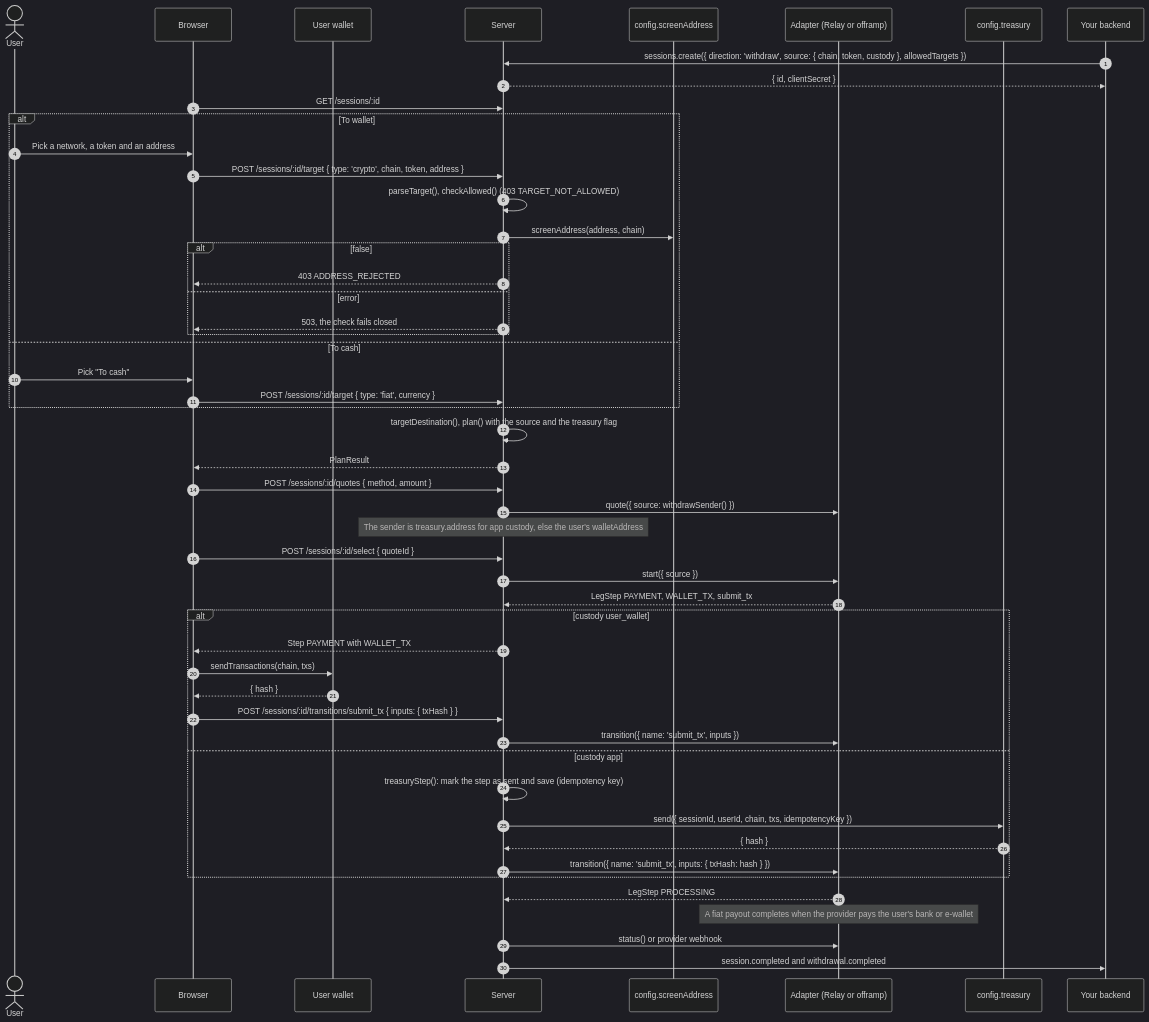
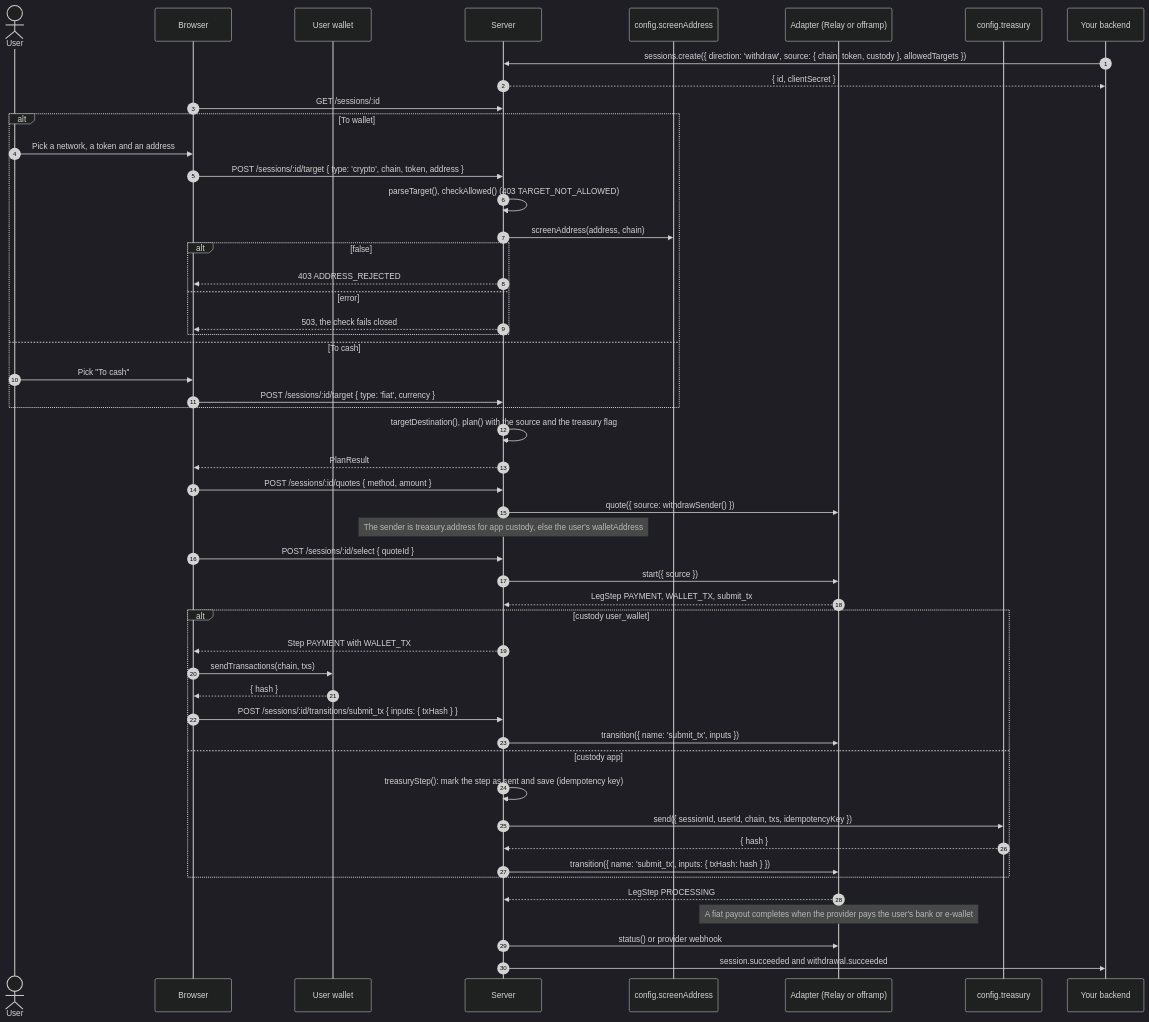
Before and after one commit to yosriady/openrampkit: the ninth of 13 diagrams in docs/concepts/flows.md, drawn with Mermaid (dark theme). The commit also changed other lines of this file and 119 other files, not shown here.

````diff
--- a/docs/concepts/flows.md
+++ b/docs/concepts/flows.md
@@ -412,53 +412,53 @@
 ```mermaid
 sequenceDiagram
   autonumber
   actor U as User
   participant B as Browser
   participant W as User wallet
   participant S as Server
   participant Scr as config.screenAddress
   participant A as Adapter (Relay or offramp)
   participant Tr as config.treasury
   participant App as Your backend
   App->>S: sessions.create({ direction: 'withdraw', source: { chain, token, custody }, allowedTargets })
   S-->>App: { id, clientSecret }
   B->>S: GET /sessions/:id
   alt To wallet
     U->>B: Pick a network, a token and an address
     B->>S: POST /sessions/:id/target { type: 'crypto', chain, token, address }
     S->>S: parseTarget(), checkAllowed() (403 TARGET_NOT_ALLOWED)
     S->>Scr: screenAddress(address, chain)
     alt false
       S-->>B: 403 ADDRESS_REJECTED
     else error
       S-->>B: 503, the check fails closed
     end
   else To cash
     U->>B: Pick "To cash"
     B->>S: POST /sessions/:id/target { type: 'fiat', currency }
   end
   S->>S: targetDestination(), plan() with the source and the treasury flag
   S-->>B: PlanResult
   B->>S: POST /sessions/:id/quotes { method, amount }
   S->>A: quote({ source: withdrawSender() })
   Note over S: The sender is treasury.address for app custody, else the user's walletAddress
   B->>S: POST /sessions/:id/select { quoteId }
   S->>A: start({ source })
   A-->>S: LegStep PAYMENT, WALLET_TX, submit_tx
   alt custody user_wallet
     S-->>B: Step PAYMENT with WALLET_TX
     B->>W: sendTransactions(chain, txs)
     W-->>B: { hash }
     B->>S: POST /sessions/:id/transitions/submit_tx { inputs: { txHash } }
     S->>A: transition({ name: 'submit_tx', inputs })
   else custody app
     S->>S: treasuryStep(): mark the step as sent and save (idempotency key)
     S->>Tr: send({ sessionId, userId, chain, txs, idempotencyKey })
     Tr-->>S: { hash }
     S->>A: transition({ name: 'submit_tx', inputs: { txHash: hash } })
   end
   A-->>S: LegStep PROCESSING
   Note over A: A fiat payout completes when the provider pays the user's bank or e-wallet
   S->>A: status() or provider webhook
-  S->>App: session.completed and withdrawal.completed
+  S->>App: session.succeeded and withdrawal.succeeded
 ```
````
